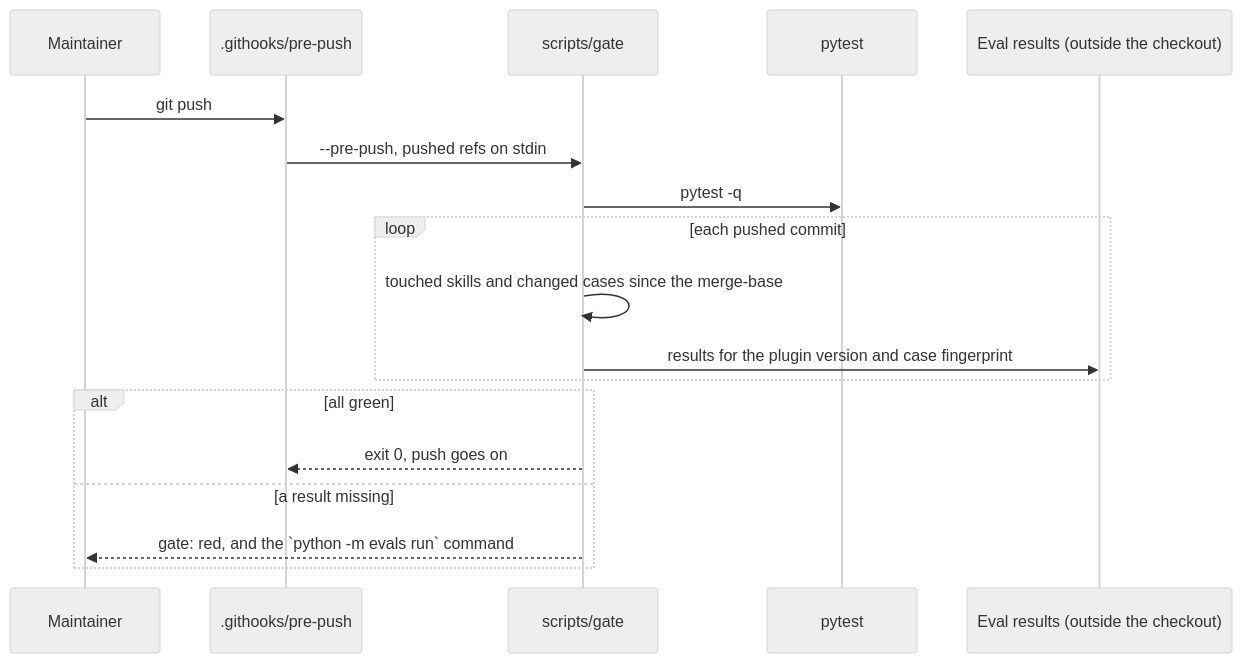
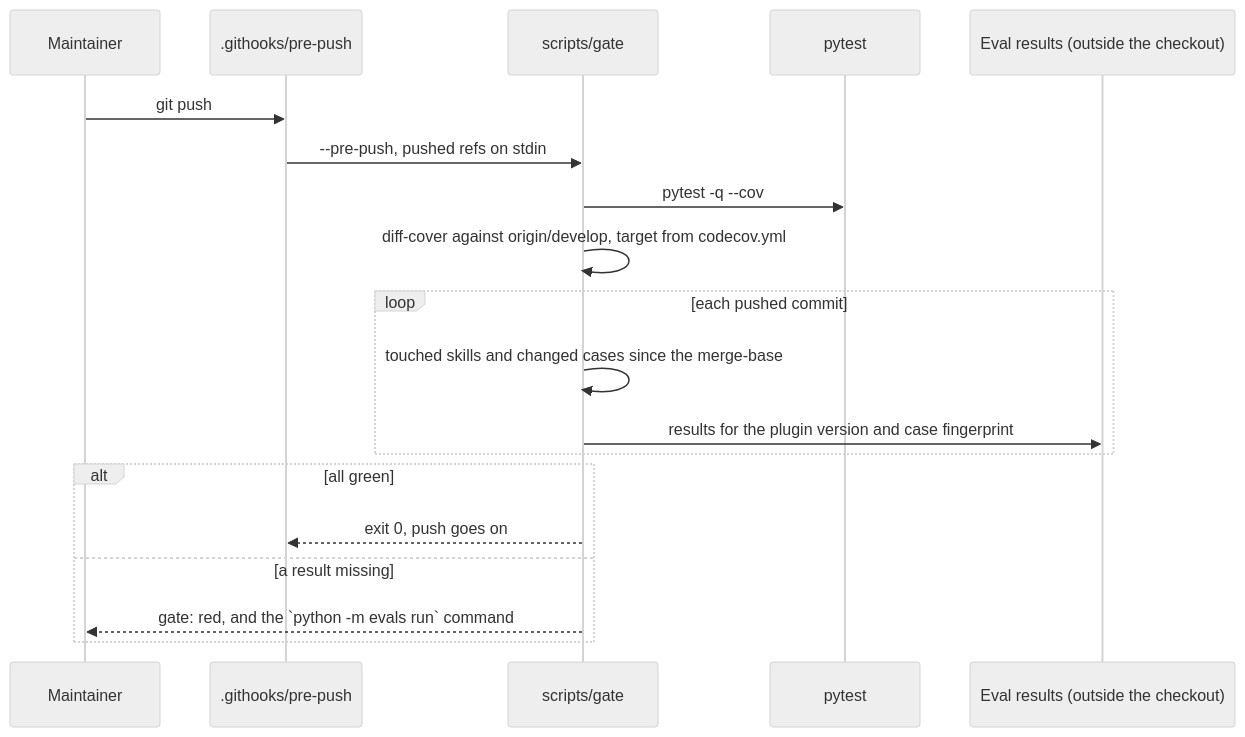
The ninth of 9 diagrams in docs/architecture.md (xxthunder/xxthunder-agentic-skills), drawn with Mermaid (neutral theme) before and after one commit. The commit also changed other lines of this file and 6 other files, not shown here.

````diff
--- a/docs/architecture.md
+++ b/docs/architecture.md
@@ -404,20 +405,21 @@
 ```mermaid
 sequenceDiagram
     participant U as Maintainer
     participant H as .githooks/pre-push
     participant G as scripts/gate
     participant T as pytest
     participant R as Eval results (outside the checkout)
     U->>H: git push
     H->>G: --pre-push, pushed refs on stdin
-    G->>T: pytest -q
+    G->>T: pytest -q --cov
+    G->>G: diff-cover against origin/develop, target from codecov.yml
     loop each pushed commit
         G->>G: touched skills and changed cases since the merge-base
         G->>R: results for the plugin version and case fingerprint
     end
     alt all green
         G-->>H: exit 0, push goes on
     else a result missing
         G-->>U: gate: red, and the `python -m evals run` command
     end
 ```
````
